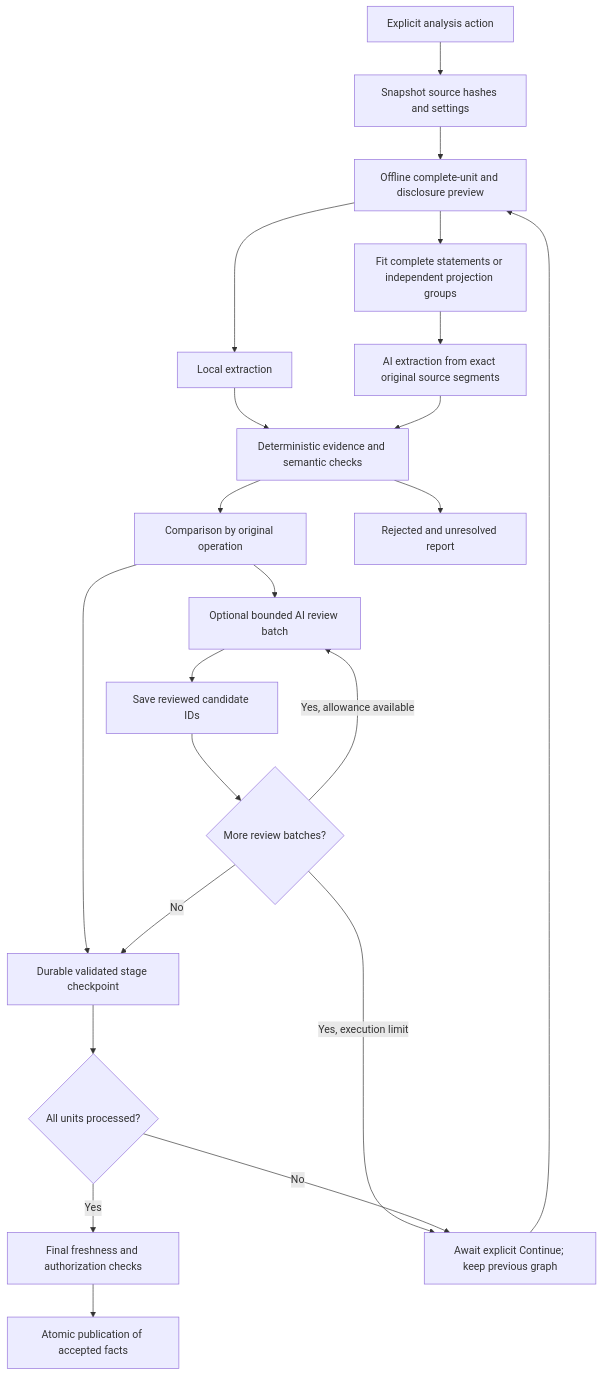
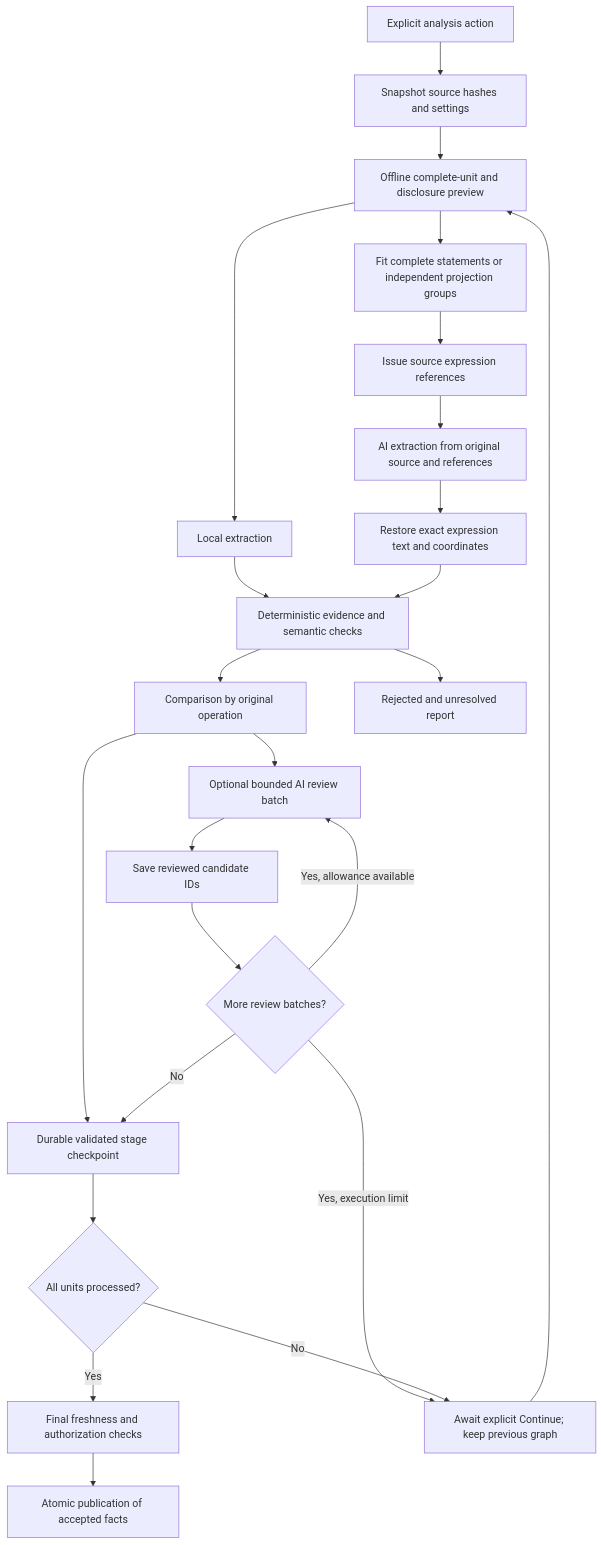
One commit to SahasilAK/GraveTrail changed the diagram in docs/AI_ANALYSIS.md. Above: the diagram before and after it, drawn with Mermaid. The commit also changed other lines of this file and 26 other files, not shown here.

First line of the commit message:
feat: resolve AI source expression references

````diff
--- a/docs/AI_ANALYSIS.md
+++ b/docs/AI_ANALYSIS.md
@@ -43,25 +43,27 @@
 ```mermaid
 flowchart TD
     A[Explicit analysis action] --> B[Snapshot source hashes and settings]
     B --> C[Offline complete-unit and disclosure preview]
     C --> D[Local extraction]
     C --> P[Fit complete statements or independent projection groups]
-    P --> E[AI extraction from exact original source segments]
+    P --> Q[Issue source expression references]
+    Q --> E[AI extraction from original source and references]
+    E --> X[Restore exact expression text and coordinates]
     D --> F[Deterministic evidence and semantic checks]
-    E --> F
+    X --> F
     F --> G[Comparison by original operation]
     G --> H[Optional bounded AI review batch]
     G --> L
     I[Final freshness and authorization checks]
     H --> R[Save reviewed candidate IDs]
     R --> S{More review batches?}
     S -->|Yes, allowance available| H
     S -->|Yes, execution limit| N
     S -->|No| L[Durable validated stage checkpoint]
     L --> M{All units processed?}
     M -->|No| N[Await explicit Continue; keep previous graph]
     N --> C
     M -->|Yes| I
     I --> J[Atomic publication of accepted facts]
     F --> K[Rejected and unresolved report]
 ```
````
